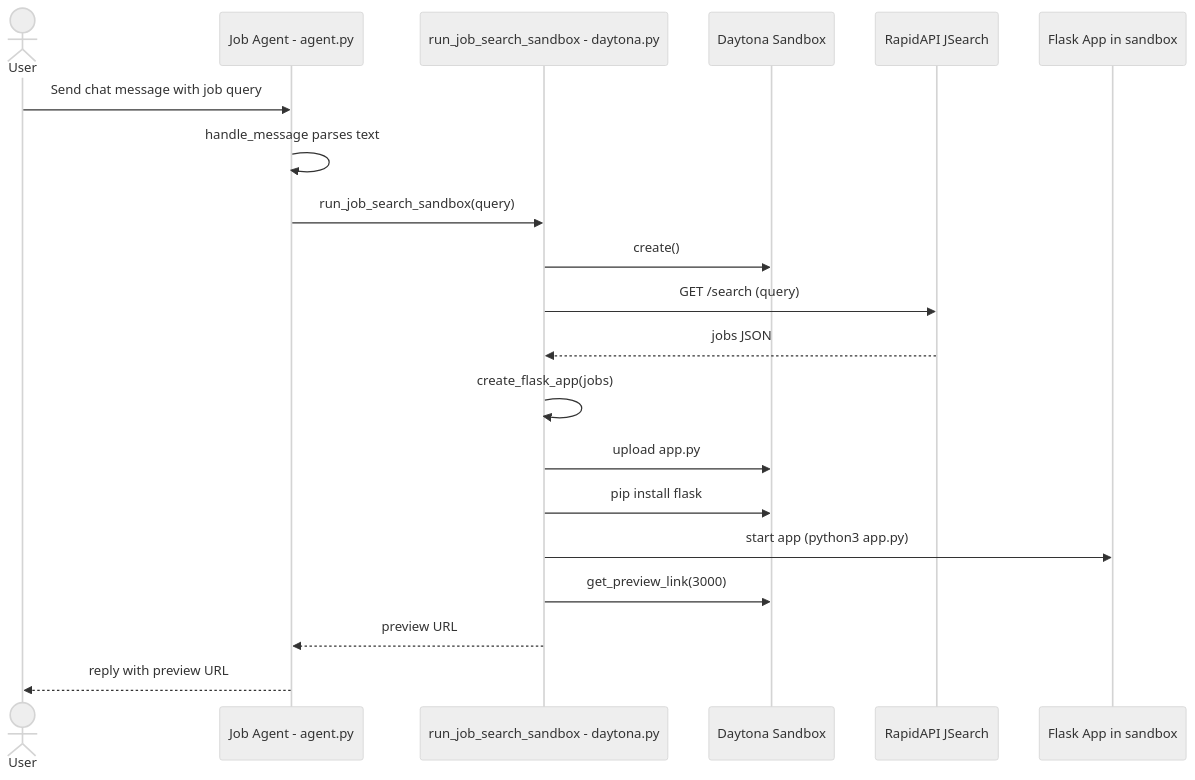
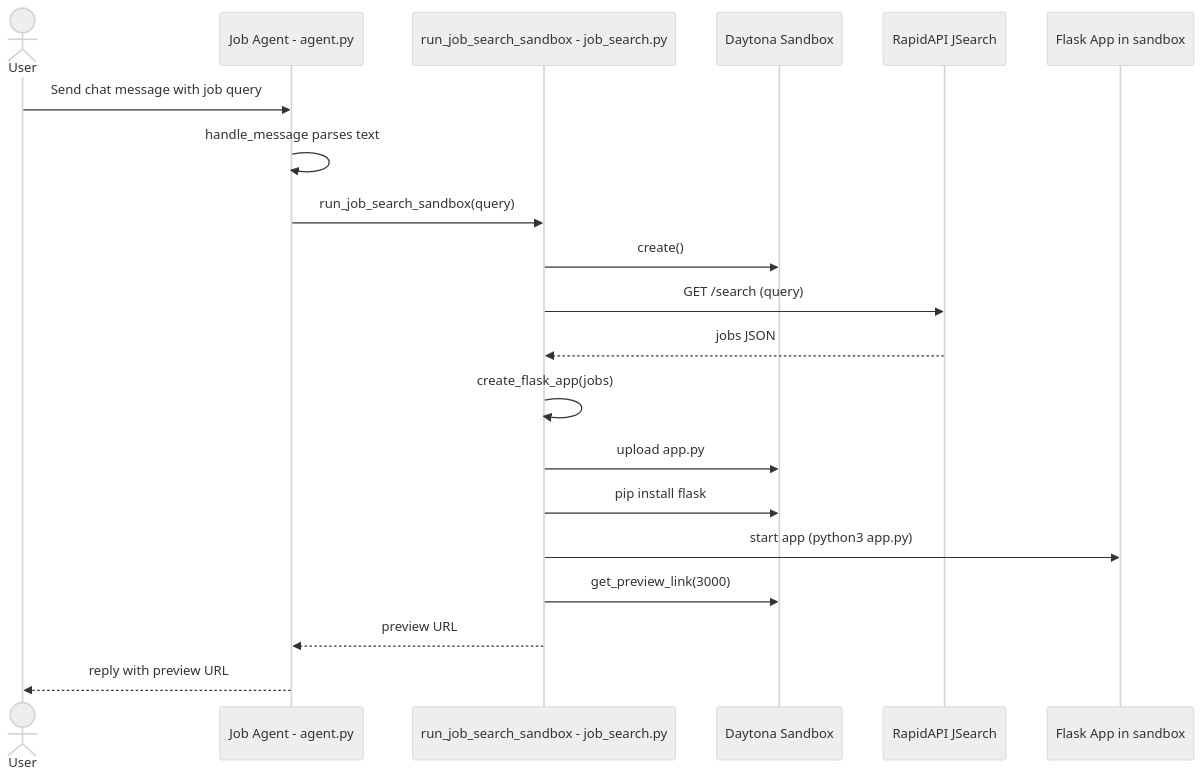
One commit to gautammanak1/daytona-fetchai changed the second of 2 diagrams in README.md. Above: the diagram before and after it, drawn with Mermaid (neutral theme). The commit also changed other lines of this file and 2 other files, not shown here.

Commit message:
fix: resolve circular import by renaming daytona.py -> job_search.py; update imports and README

````diff
--- a/README.md
+++ b/README.md
@@ -78,23 +78,23 @@
 ```mermaid
 sequenceDiagram
   actor User
   participant Agent as Job Agent - agent.py
-  participant Runner as run_job_search_sandbox - daytona.py
+  participant Runner as run_job_search_sandbox - job_search.py
   participant Daytona as Daytona Sandbox
   participant JSearch as RapidAPI JSearch
   participant Flask as Flask App in sandbox
 
   User->>Agent: Send chat message with job query
   Agent->>Agent: handle_message parses text
   Agent->>Runner: run_job_search_sandbox(query)
   Runner->>Daytona: create()
   Runner->>JSearch: GET /search (query)
   JSearch-->>Runner: jobs JSON
   Runner->>Runner: create_flask_app(jobs)
   Runner->>Daytona: upload app.py
   Runner->>Daytona: pip install flask
   Runner->>Flask: start app (python3 app.py)
   Runner->>Daytona: get_preview_link(3000)
   Runner-->>Agent: preview URL
   Agent-->>User: reply with preview URL
 ```
````
